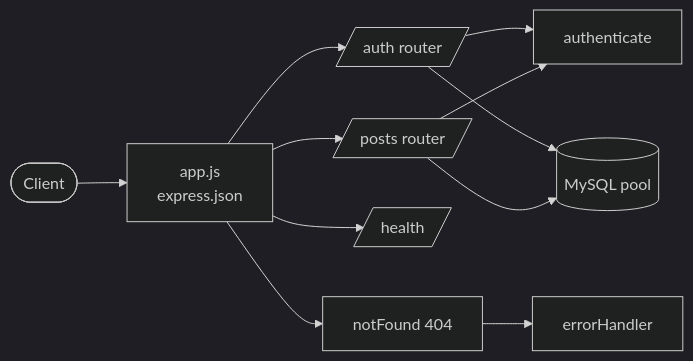
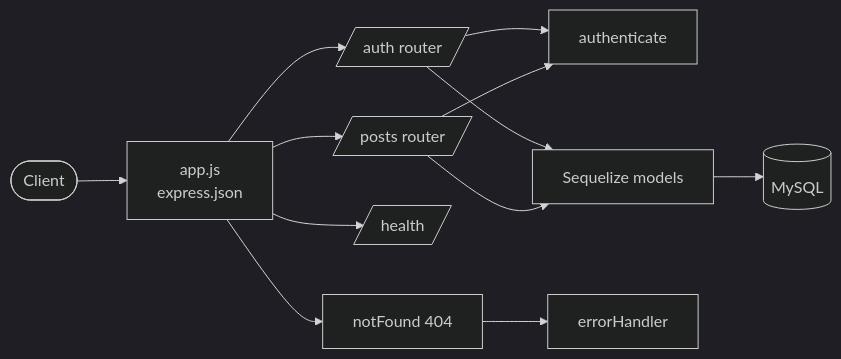
Before and after one commit to mahanmntz/simple-weblog: the first of 2 diagrams in roadmap/README.md, drawn with Mermaid (dark theme). The commit also changed other lines of this file and 6 other files, not shown here.

Commit message:
docs(roadmap): add ORM migration steps

````diff
--- a/roadmap/README.md
+++ b/roadmap/README.md
@@ -55,13 +62,14 @@
 ```mermaid
 flowchart LR
     C([Client]) --> A[app.js<br/>express.json]
     A --> R1[/auth router/]
     A --> R2[/posts router/]
     A --> H[/health/]
     R1 --> M[authenticate]
     R2 --> M
-    R1 --> DB[(MySQL pool)]
-    R2 --> DB
+    R1 --> MO[Sequelize models]
+    R2 --> MO
+    MO --> DB[(MySQL)]
     A --> NF[notFound 404]
     NF --> EH[errorHandler]
 ```
````
